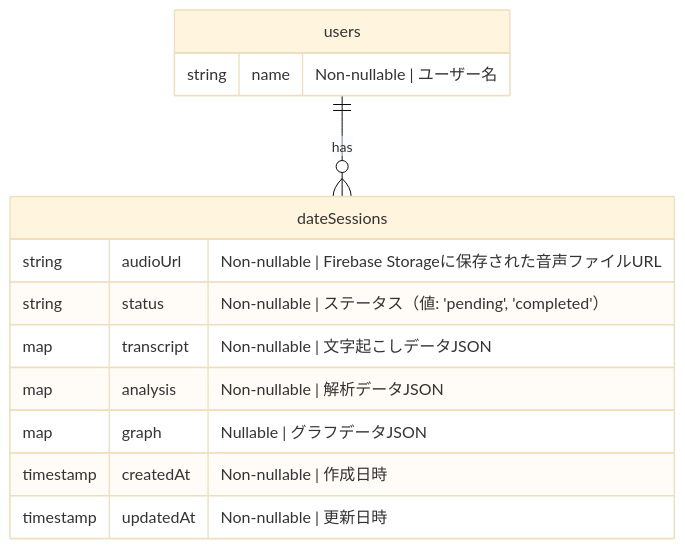
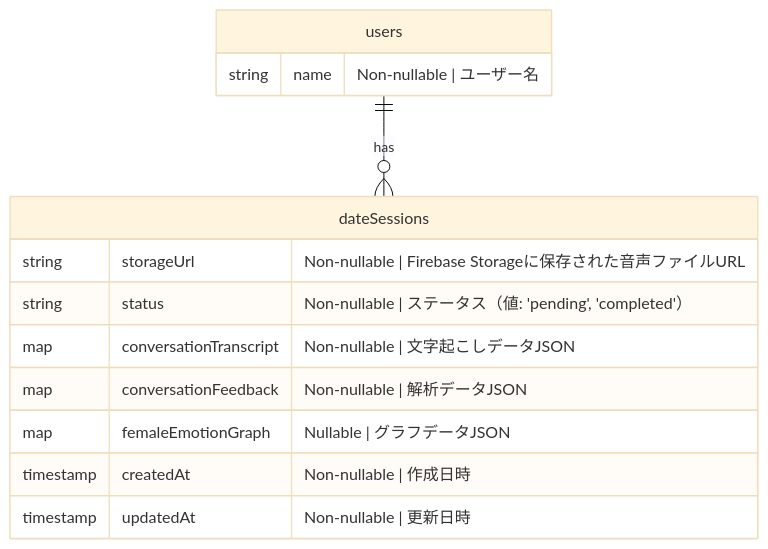
One commit to GrassVenture/date-feed-back changed the diagram in .cursor/rules/db-data-schema.mdc. Above: the diagram before and after it, drawn with Mermaid (base theme). The commit also changed other lines of this file and 2 other files, not shown here.

Commit message:
データスキーマの変更: audioUrlをstorageUrlにリネームし、conversationTranscript、conversationFeedback、femaleEmotionGraphを追加。設計文書と仕様書においても関連するフィールド名を更新。

````diff
--- a/.cursor/rules/db-data-schema.mdc
+++ b/.cursor/rules/db-data-schema.mdc
@@ -10,19 +10,19 @@
 ```mermaid
 erDiagram
     users ||--o{ dateSessions : has
 
     users {
         string name "Non-nullable | ユーザー名"
     }
 
     dateSessions {
-        string audioUrl "Non-nullable | Firebase Storageに保存された音声ファイルURL"
+        string storageUrl "Non-nullable | Firebase Storageに保存された音声ファイルURL"
         string status "Non-nullable | ステータス（値: 'pending', 'completed'）"
-        map transcript "Non-nullable | 文字起こしデータJSON"
-        map analysis "Non-nullable | 解析データJSON"
-        map graph "Nullable | グラフデータJSON"
+        map conversationTranscript "Non-nullable | 文字起こしデータJSON"
+        map conversationFeedback "Non-nullable | 解析データJSON"
+        map femaleEmotionGraph "Nullable | グラフデータJSON"
         timestamp createdAt "Non-nullable | 作成日時"
         timestamp updatedAt "Non-nullable | 更新日時"
     }
 
 ```
````
